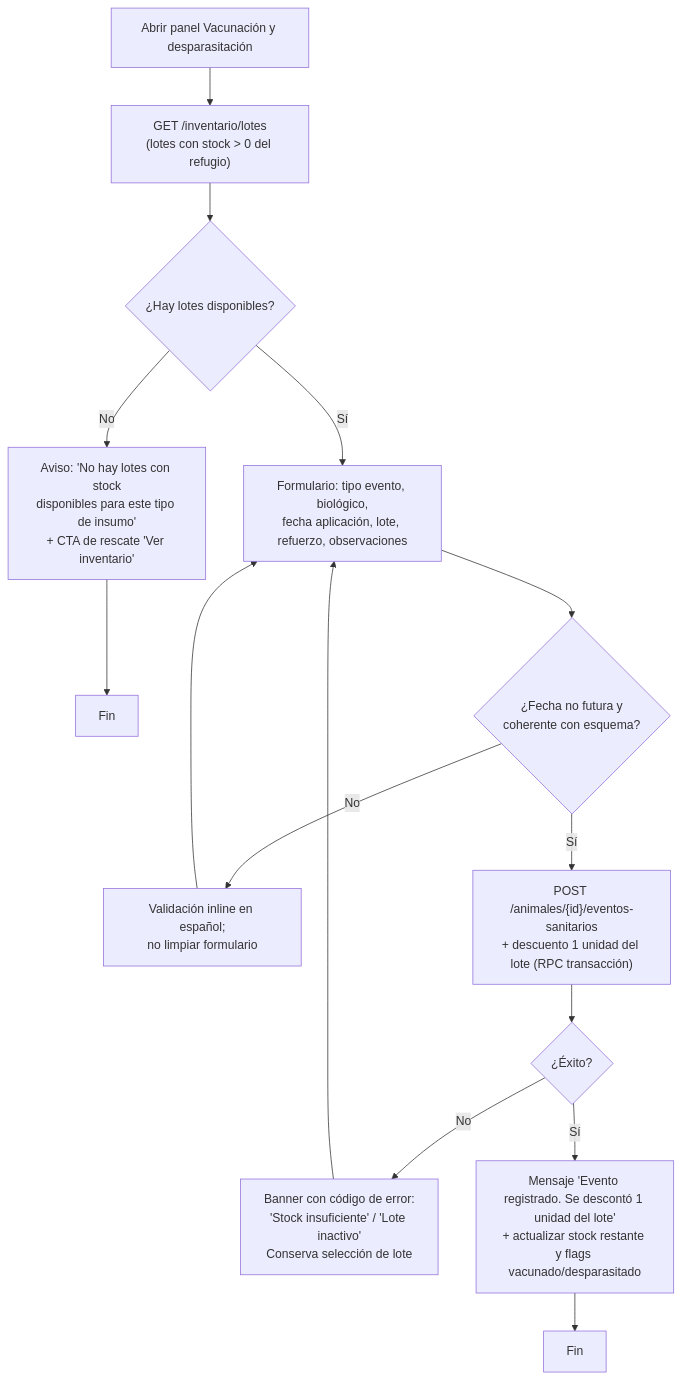
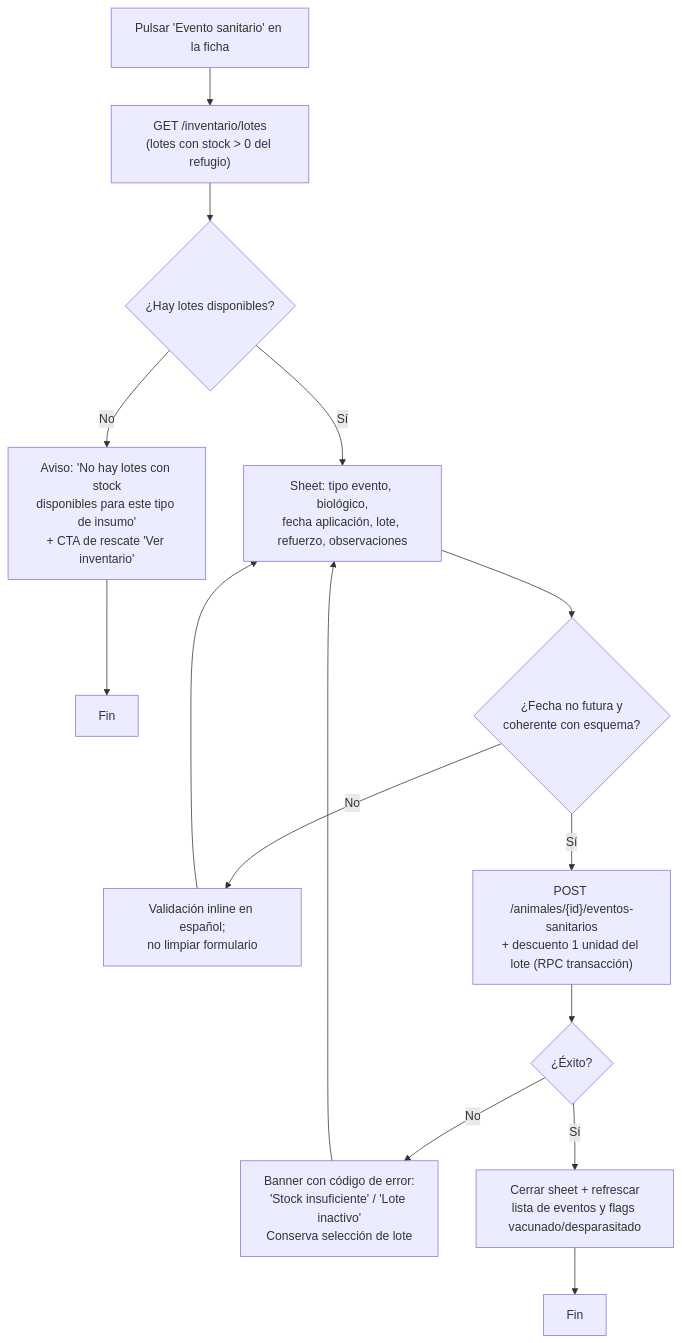
The second of 3 diagrams in docs/features/ui-ux/requerimiento-02-control-clinico-cuarentena-ui-ux.md (thespacio/pixkki), drawn with Mermaid before and after one commit. The commit also changed other lines of this file and 35 other files, not shown here.

````diff
--- a/docs/features/ui-ux/requerimiento-02-control-clinico-cuarentena-ui-ux.md
+++ b/docs/features/ui-ux/requerimiento-02-control-clinico-cuarentena-ui-ux.md
@@ -55,18 +61,17 @@
 ```mermaid
 flowchart TD
-    Inicio["Abrir panel Vacunación y desparasitación"]
-    Inicio --> CargarLotes["GET /inventario/lotes<br/>(lotes con stock > 0 del refugio)"]
+    Inicio["Pulsar 'Evento sanitario' en la ficha"] --> CargarLotes["GET /inventario/lotes<br/>(lotes con stock > 0 del refugio)"]
     CargarLotes --> SinLotes{"¿Hay lotes disponibles?"}
     SinLotes -- "No" --> MensajeLote["Aviso: 'No hay lotes con stock<br/>disponibles para este tipo de insumo'<br/>+ CTA de rescate 'Ver inventario'"]
     MensajeLote --> Fin1[Fin]
-    SinLotes -- "Sí" --> Form[Formulario: tipo evento, biológico,<br/>fecha aplicación, lote, refuerzo, observaciones]
+    SinLotes -- "Sí" --> Form["Sheet: tipo evento, biológico,<br/>fecha aplicación, lote, refuerzo, observaciones"]
     Form --> Validar2{"¿Fecha no futura y<br/>coherente con esquema?"}
     Validar2 -- "No" --> ErrorCampo2["Validación inline en español;<br/>no limpiar formulario"]
     ErrorCampo2 --> Form
     Validar2 -- "Sí" --> Enviar2["POST /animales/{id}/eventos-sanitarios<br/>+ descuento 1 unidad del lote (RPC transacción)"]
     Enviar2 --> Ok2{"¿Éxito?"}
     Ok2 -- "No" --> ErrorServ2["Banner con código de error:<br/>'Stock insuficiente' / 'Lote inactivo'<br/>Conserva selección de lote"]
     ErrorServ2 --> Form
-    Ok2 -- "Sí" --> Exito2["Mensaje 'Evento registrado. Se descontó 1 unidad del lote'<br/>+ actualizar stock restante y flags vacunado/desparasitado"]
+    Ok2 -- "Sí" --> Exito2["Cerrar sheet + refrescar<br/>lista de eventos y flags vacunado/desparasitado"]
     Exito2 --> Fin2[Fin]
 ```
````
